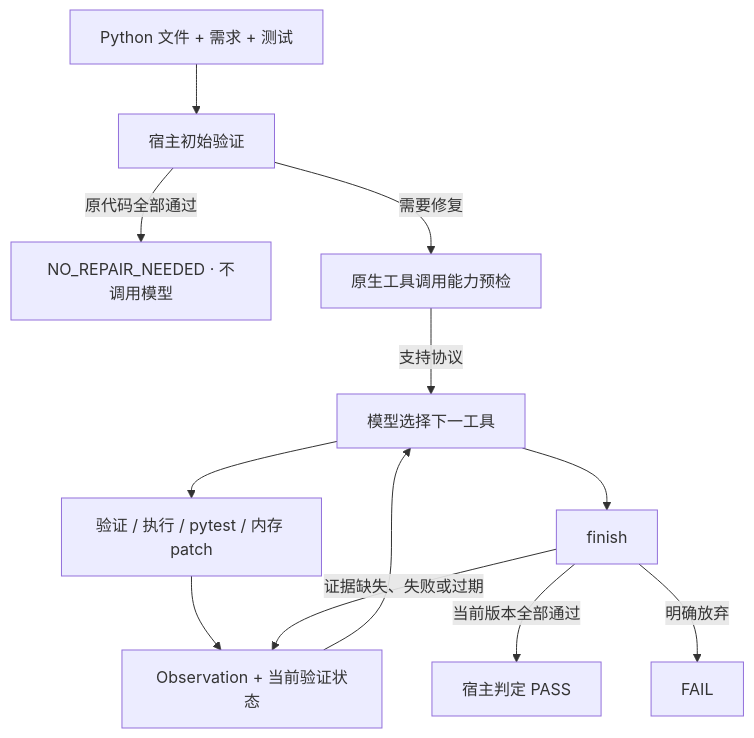
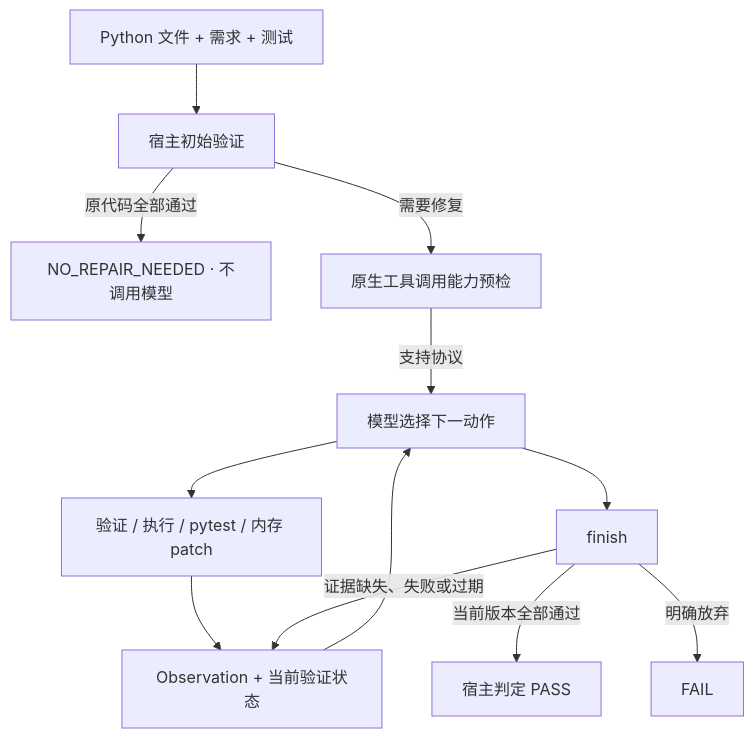
Before and after one commit to tTko99/dependency-aware-codegen: the diagram in README_CN.md, drawn with Mermaid. The commit also changed other lines of this file and 1 other file, not shown here.

````diff
--- a/README_CN.md
+++ b/README_CN.md
@@ -11,14 +30,14 @@
 ```mermaid
 flowchart TD
     A[Python 文件 + 需求 + 测试] --> B[宿主初始验证]
     B -- 原代码全部通过 --> C[NO_REPAIR_NEEDED · 不调用模型]
     B -- 需要修复 --> D[原生工具调用能力预检]
-    D -- 支持协议 --> E[模型选择下一工具]
+    D -- 支持协议 --> E[模型选择下一动作]
     E --> F[验证 / 执行 / pytest / 内存 patch]
     F --> G[Observation + 当前验证状态]
     G --> E
     E --> H[finish]
     H -- 证据缺失、失败或过期 --> G
     H -- 当前版本全部通过 --> I[宿主判定 PASS]
     H -- 明确放弃 --> J[FAIL]
 ```
````
